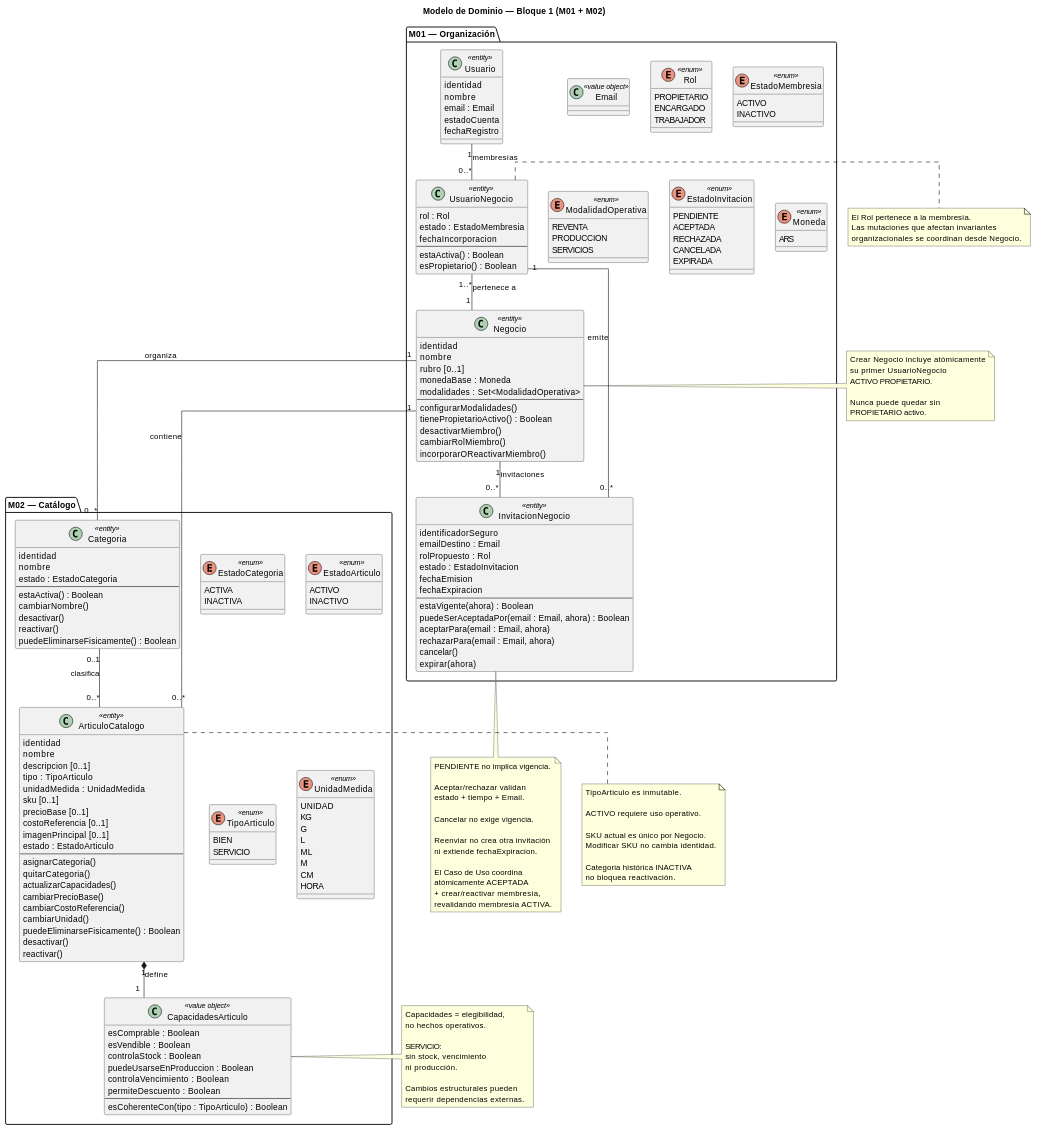
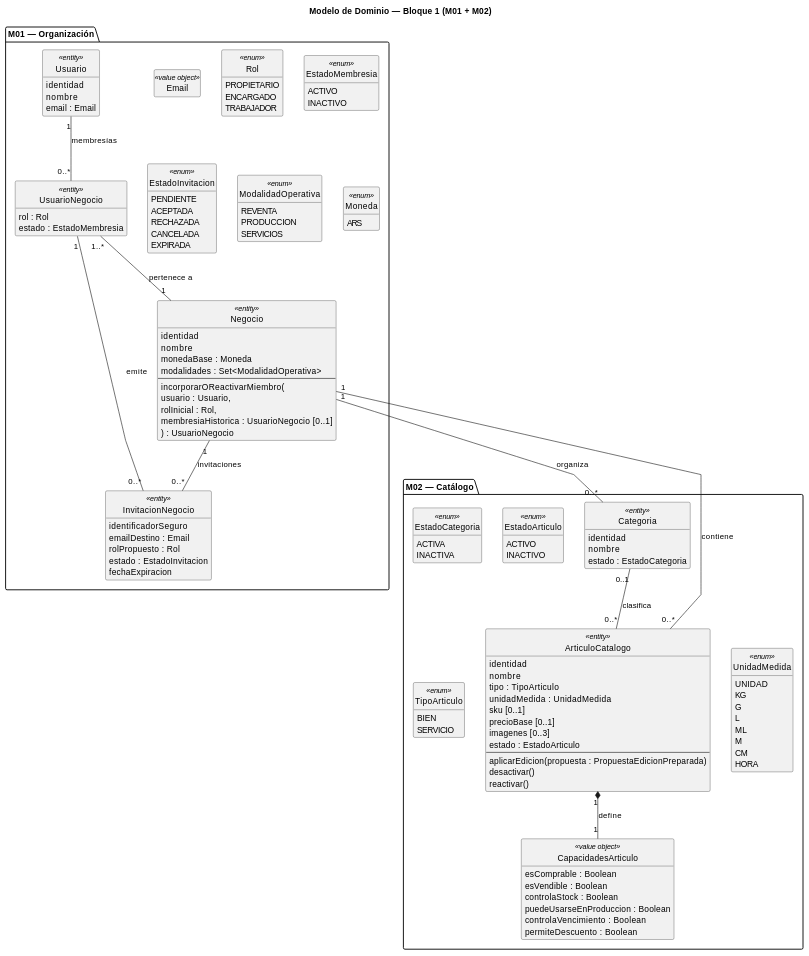
The diagram in Proyecto-3-Extendido-Generico/modelo-dominio/bloque-1-fundacion/01-modelo-dominio-bloque-1.md (Jorge10192/TP-Programacion2-UNSAM-2C2026), drawn with PlantUML before and after one commit. The commit also changed other lines of this file and 14 other files, not shown here.

````diff
--- a/Proyecto-3-Extendido-Generico/modelo-dominio/bloque-1-fundacion/01-modelo-dominio-bloque-1.md
+++ b/Proyecto-3-Extendido-Generico/modelo-dominio/bloque-1-fundacion/01-modelo-dominio-bloque-1.md
@@ -3401,7 +3414,9 @@
 @startuml
 
 skinparam classAttributeIconSize 0
-skinparam linetype ortho
+skinparam linetype polyline
+hide circle
+hide empty members
 
 title Modelo de Dominio — Bloque 1 (M01 + M02)
 
@@ -3411,31 +3426,24 @@
   identidad
   nombre
   email : Email
-  estadoCuenta
-  fechaRegistro
 }
 
 class Negocio <<entity>> {
   identidad
   nombre
-  rubro [0..1]
   monedaBase : Moneda
   modalidades : Set<ModalidadOperativa>
   --
-  configurarModalidades()
-  tienePropietarioActivo() : Boolean
-  desactivarMiembro()
-  cambiarRolMiembro()
-  incorporarOReactivarMiembro()
+  incorporarOReactivarMiembro(
+    usuario : Usuario,
+    rolInicial : Rol,
+    membresiaHistorica : UsuarioNegocio [0..1]
+  ) : UsuarioNegocio
 }
 
 class UsuarioNegocio <<entity>> {
   rol : Rol
   estado : EstadoMembresia
-  fechaIncorporacion
-  --
-  estaActiva() : Boolean
-  esPropietario() : Boolean
 }
 
 class InvitacionNegocio <<entity>> {
@@ -3443,15 +3451,7 @@
   emailDestino : Email
   rolPropuesto : Rol
   estado : EstadoInvitacion
-  fechaEmision
   fechaExpiracion
-  --
-  estaVigente(ahora) : Boolean
-  puedeSerAceptadaPor(email : Email, ahora) : Boolean
-  aceptarPara(email : Email, ahora)
-  rechazarPara(email : Email, ahora)
-  cancelar()
-  expirar(ahora)
 }
 
 class Email <<value object>>
@@ -3467,18 +3467,18 @@
   INACTIVO
 }
 
-enum ModalidadOperativa <<enum>> {
-  REVENTA
-  PRODUCCION
-  SERVICIOS
-}
-
 enum EstadoInvitacion <<enum>> {
   PENDIENTE
   ACEPTADA
   RECHAZADA
   CANCELADA
   EXPIRADA
+}
+
+enum ModalidadOperativa <<enum>> {
+  REVENTA
+  PRODUCCION
+  SERVICIOS
 }
 
 enum Moneda <<enum>> {
@@ -3493,33 +3493,19 @@
   identidad
   nombre
   estado : EstadoCategoria
-  --
-  estaActiva() : Boolean
-  cambiarNombre()
-  desactivar()
-  reactivar()
-  puedeEliminarseFisicamente() : Boolean
 }
 
 class ArticuloCatalogo <<entity>> {
   identidad
   nombre
-  descripcion [0..1]
   tipo : TipoArticulo
   unidadMedida : UnidadMedida
   sku [0..1]
   precioBase [0..1]
-  costoReferencia [0..1]
-  imagenPrincipal [0..1]
+  imagenes [0..3]
   estado : EstadoArticulo
   --
-  asignarCategoria()
-  quitarCategoria()
-  actualizarCapacidades()
-  cambiarPrecioBase()
-  cambiarCostoReferencia()
-  cambiarUnidad()
-  puedeEliminarseFisicamente() : Boolean
+  aplicarEdicion(propuesta : PropuestaEdicionPreparada)
   desactivar()
   reactivar()
 }
@@ -3531,8 +3517,6 @@
   puedeUsarseEnProduccion : Boolean
   controlaVencimiento : Boolean
   permiteDescuento : Boolean
-  --
-  esCoherenteCon(tipo : TipoArticulo) : Boolean
 }
 
 enum EstadoCategoria <<enum>> {
@@ -3565,72 +3549,13 @@
 
 Usuario "1" -- "0..*" UsuarioNegocio : membresías
 UsuarioNegocio "1..*" -- "1" Negocio : pertenece a
-
 Negocio "1" -- "0..*" InvitacionNegocio : invitaciones
 UsuarioNegocio "1" -- "0..*" InvitacionNegocio : emite
 
 Negocio "1" -- "0..*" Categoria : organiza
 Negocio "1" -- "0..*" ArticuloCatalogo : contiene
-
 Categoria "0..1" -- "0..*" ArticuloCatalogo : clasifica
-
 ArticuloCatalogo "1" *-- "1" CapacidadesArticulo : define
-
-note right of UsuarioNegocio
-El Rol pertenece a la membresía.
-Las mutaciones que afectan invariantes
-organizacionales se coordinan desde Negocio.
-end note
-
-note right of Negocio
-Crear Negocio incluye atómicamente
-su primer UsuarioNegocio
-ACTIVO PROPIETARIO.
-
-Nunca puede quedar sin
-PROPIETARIO activo.
-end note
-
-note bottom of InvitacionNegocio
-PENDIENTE no implica vigencia.
-
-Aceptar/rechazar validan
-estado + tiempo + Email.
-
-Cancelar no exige vigencia.
-
-Reenviar no crea otra invitación
-ni extiende fechaExpiracion.
-
-El Caso de Uso coordina
-atómicamente ACEPTADA
-+ crear/reactivar membresía,
-revalidando membresía ACTIVA.
-end note
-
-note right of ArticuloCatalogo
-TipoArticulo es inmutable.
-
-ACTIVO requiere uso operativo.
-
-SKU actual es único por Negocio.
-Modificar SKU no cambia identidad.
-
-Categoria histórica INACTIVA
-no bloquea reactivación.
-end note
-
-note right of CapacidadesArticulo
-Capacidades = elegibilidad,
-no hechos operativos.
-
-SERVICIO:
-sin stock, vencimiento
-ni producción.
-
-Cambios estructurales pueden
-requerir dependencias externas.
-end note
 
 @enduml
 ```
````
